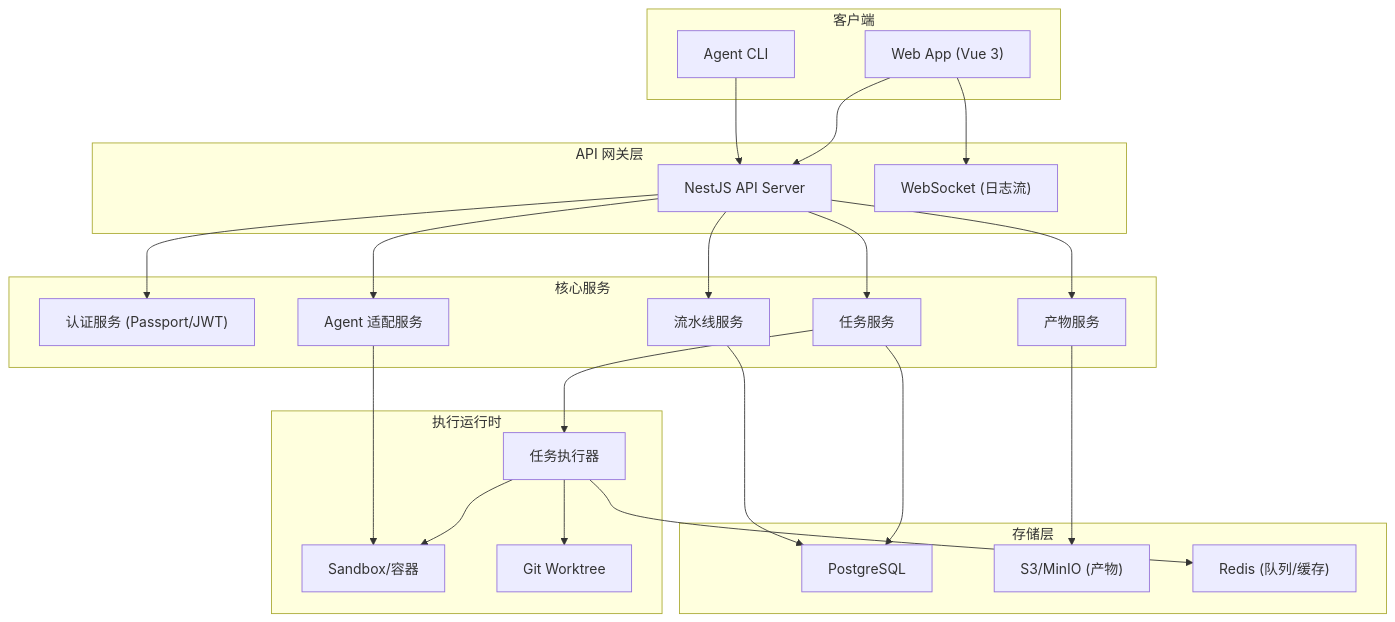
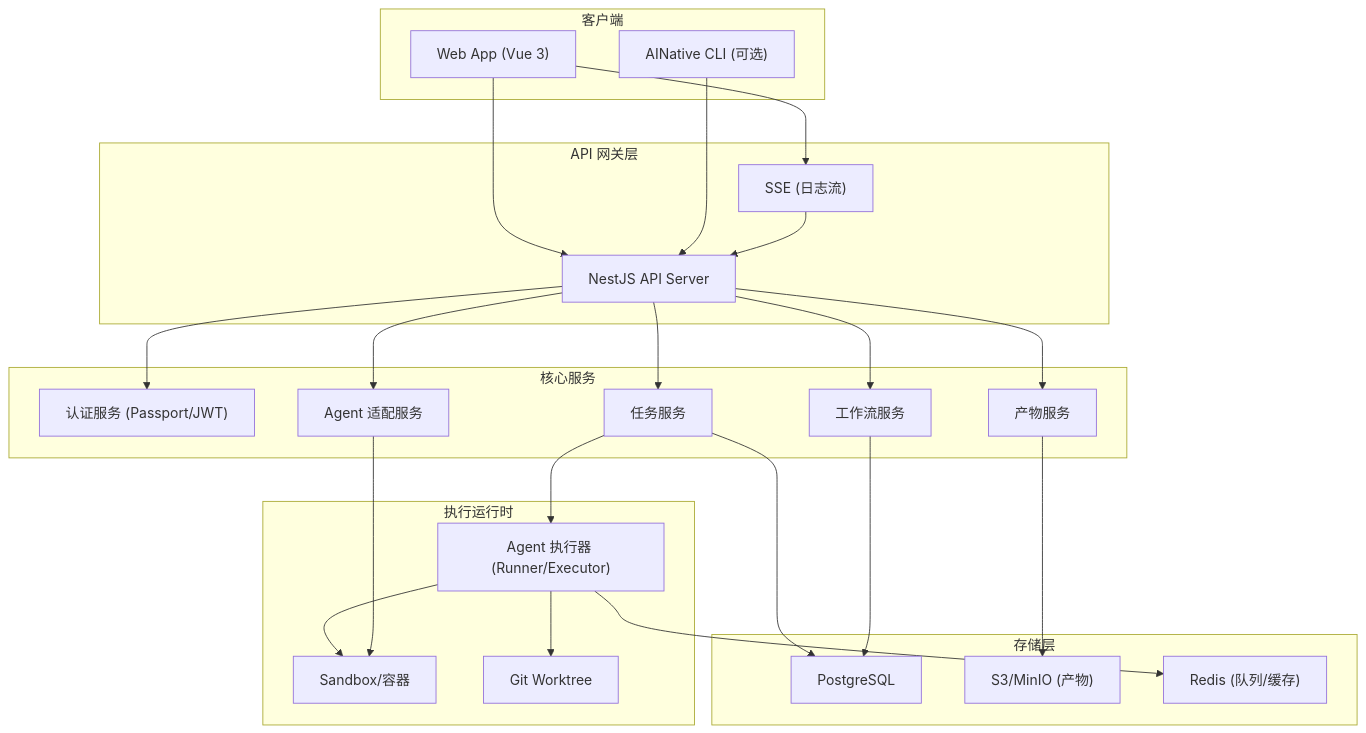
The ninth of 13 diagrams in docs/ainative-requirement-design.md (Whisper24X/personal), drawn with Mermaid before and after one commit. The commit also changed other lines of this file and 12 other files, not shown here.

````diff
--- a/docs/ainative-requirement-design.md
+++ b/docs/ainative-requirement-design.md
@@ -688,49 +836,50 @@
 ```mermaid
 flowchart TB
     subgraph Client["客户端"]
         Web["Web App (Vue 3)"]
-        CLI["Agent CLI"]
+        CLI["AINative CLI (可选)"]
     end
 
     subgraph Gateway["API 网关层"]
         API["NestJS API Server"]
-        WS["WebSocket (日志流)"]
+        SSE["SSE (日志流)"]
     end
 
     subgraph Services["核心服务"]
         Auth["认证服务 (Passport/JWT)"]
         Task["任务服务"]
-        Pipeline["流水线服务"]
+        Workflow["工作流服务"]
         Agent["Agent 适配服务"]
         Artifact["产物服务"]
     end
 
     subgraph Runtime["执行运行时"]
-        Executor["任务执行器"]
+        Executor["Agent 执行器 (Runner/Executor)"]
         Sandbox["Sandbox/容器"]
         Worktree["Git Worktree"]
     end
 
     subgraph Storage["存储层"]
         PG["PostgreSQL"]
         S3["S3/MinIO (产物)"]
         Redis["Redis (队列/缓存)"]
     end
 
     Web --> API
     CLI --> API
-    Web --> WS
+    Web --> SSE
+    SSE --> API
     API --> Auth
     API --> Task
-    API --> Pipeline
+    API --> Workflow
     API --> Agent
     API --> Artifact
     Task --> Executor
     Executor --> Sandbox
     Executor --> Worktree
     Agent --> Sandbox
     Task --> PG
-    Pipeline --> PG
+    Workflow --> PG
     Artifact --> S3
     Executor --> Redis
 ```
````
